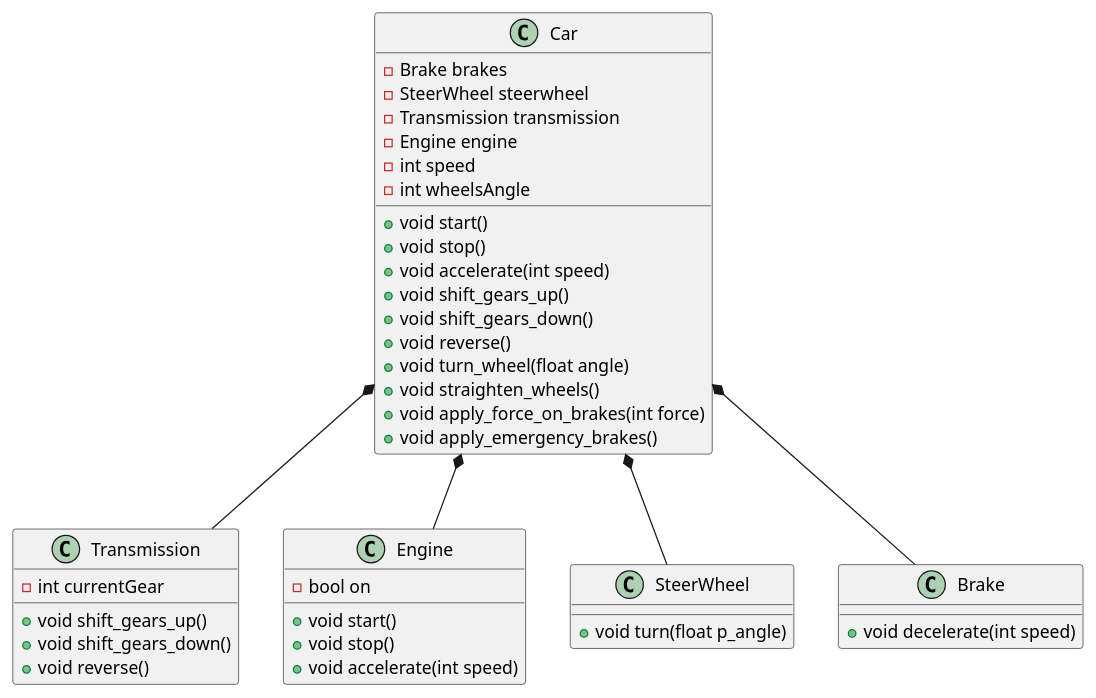
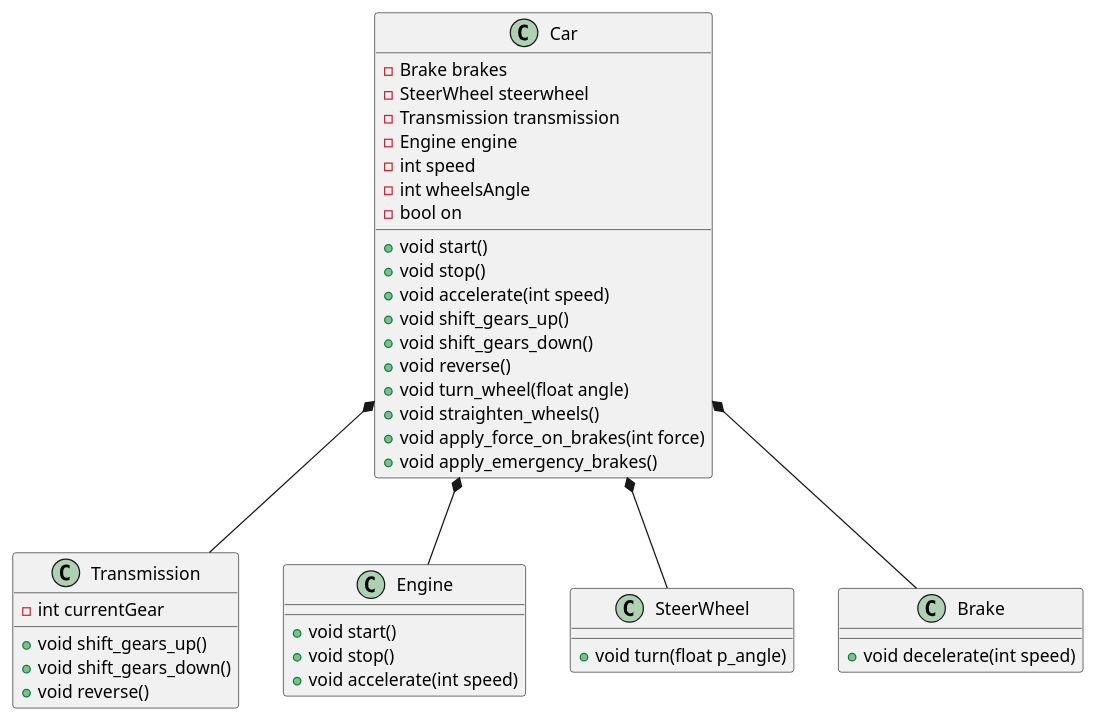
The diagram in 03/ex00/subject.puml (elleagn/piscine-object), drawn with PlantUML before and after one commit. The commit also changed other lines of this file and 6 other files, not shown here.

```diff
--- a/03/ex00/subject.puml
+++ b/03/ex00/subject.puml
@@ -1,60 +1,60 @@
 @startuml Car
 
 class Transmission {
     -int currentGear
     +void shift_gears_up()
     +void shift_gears_down()
     +void reverse()
 }
 
 
 class Engine {
-    -bool on
     +void start()
     +void stop()
     +void accelerate(int speed)
 }
 
 
 
 
 class SteerWheel {
     +void turn(float p_angle)
 }
 
 
 
 class Brake {
     +void decelerate(int speed)
 }
 
 
 
 class Car {
     -Brake brakes
     -SteerWheel steerwheel
     -Transmission transmission
     -Engine engine
     -int speed
     -int wheelsAngle
+    -bool on
 
     +void start()
     +void stop()
     +void accelerate(int speed)
     +void shift_gears_up()
     +void shift_gears_down()
     +void reverse()
     +void turn_wheel(float angle)
     +void straighten_wheels()
     +void apply_force_on_brakes(int force)
     +void apply_emergency_brakes()
 }
 
 ' RELATIONSHIPS
 
 Car *-- Brake
 Car *-- SteerWheel
 Car *-- Transmission
 Car *-- Engine
 
 @enduml
```
